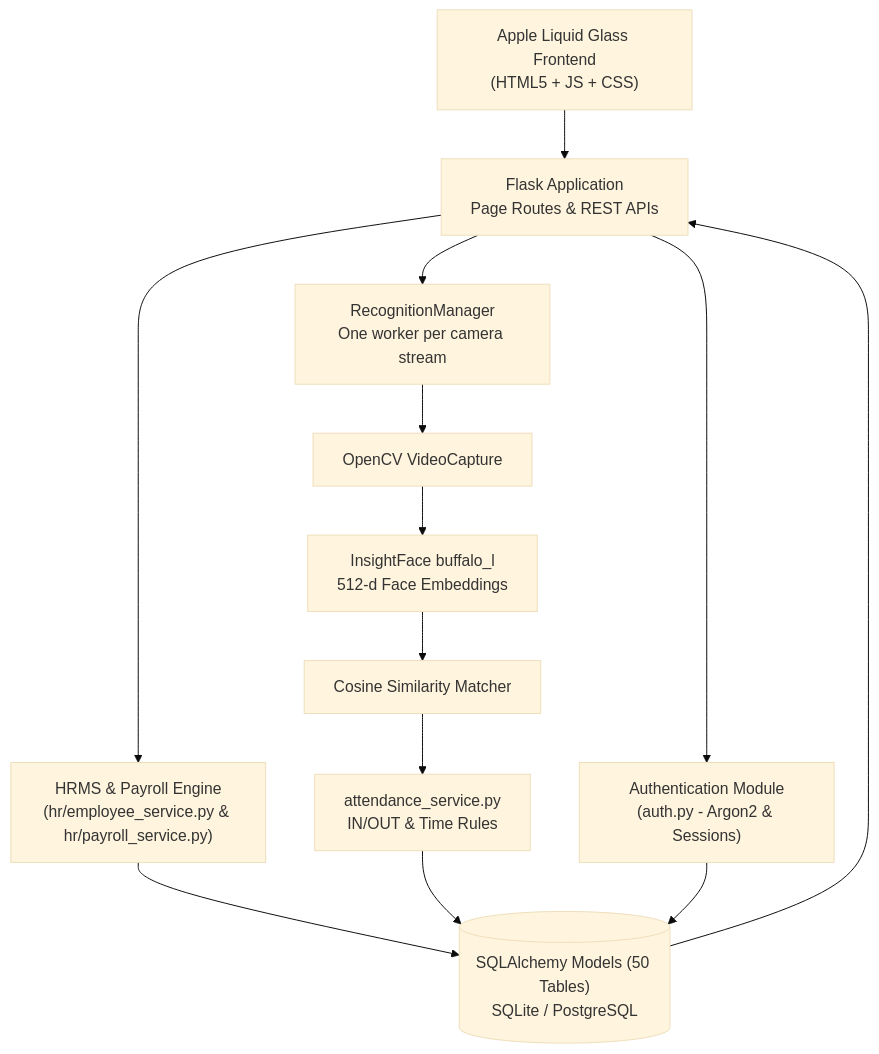
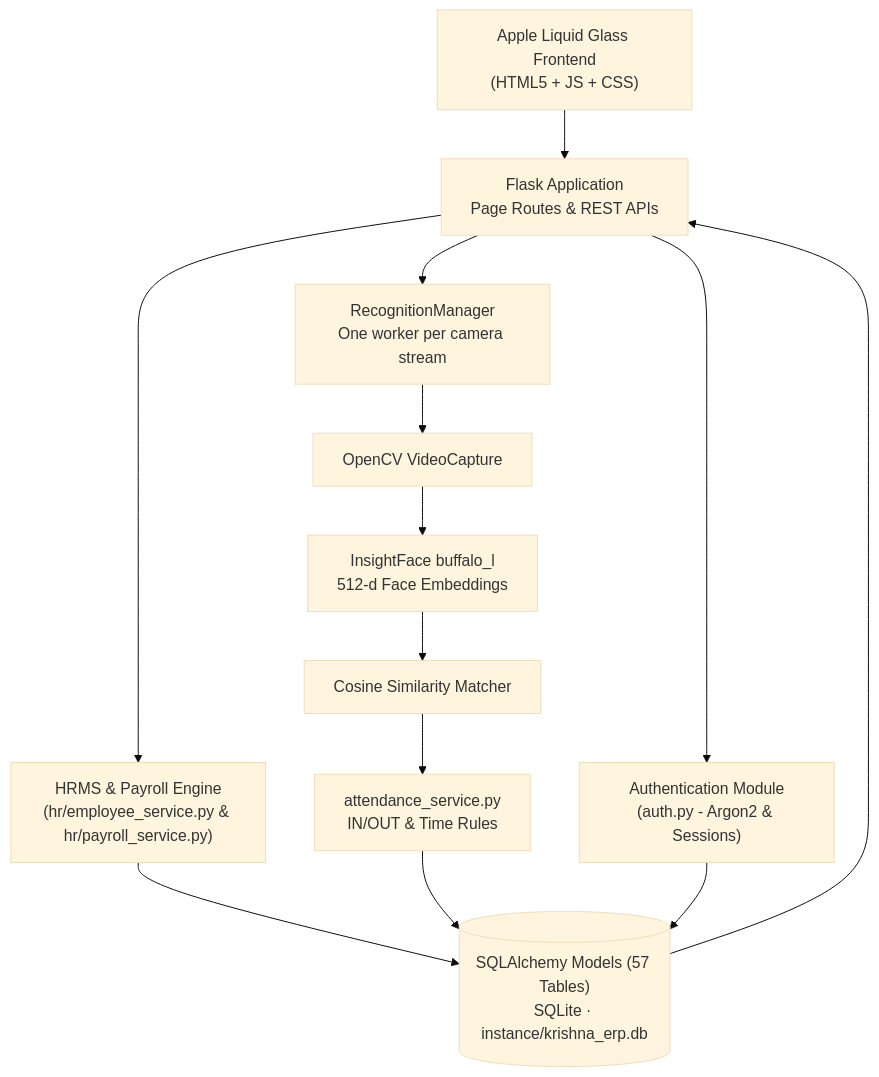
One commit to priyanshrathod0603/smart-attendance-management-system changed the fourth of 4 diagrams in README.md. Above: the diagram before and after it, drawn with Mermaid (base theme). The commit also changed other lines of this file and 16 other files, not shown here.

````diff
--- a/README.md
+++ b/README.md
@@ -286,15 +286,15 @@
 ```mermaid
 flowchart TD
     UI["Apple Liquid Glass Frontend\n(HTML5 + JS + CSS)"] --> Flask["Flask Application\nPage Routes & REST APIs"]
     Flask --> Auth["Authentication Module\n(auth.py - Argon2 & Sessions)"]
     Flask --> HR["HRMS & Payroll Engine\n(hr/employee_service.py & hr/payroll_service.py)"]
     Flask --> CameraManager["RecognitionManager\nOne worker per camera stream"]
     CameraManager --> OpenCV["OpenCV VideoCapture"]
     OpenCV --> InsightFace["InsightFace buffalo_l\n512-d Face Embeddings"]
     InsightFace --> Matcher["Cosine Similarity Matcher"]
     Matcher --> AttendanceService["attendance_service.py\nIN/OUT & Time Rules"]
-    HR --> DB[("SQLAlchemy Models (50 Tables)\nSQLite / PostgreSQL")]
+    HR --> DB[("SQLAlchemy Models (57 Tables)\nSQLite · instance/krishna_erp.db")]
     AttendanceService --> DB
     Auth --> DB
     DB --> Flask
 ```
````
